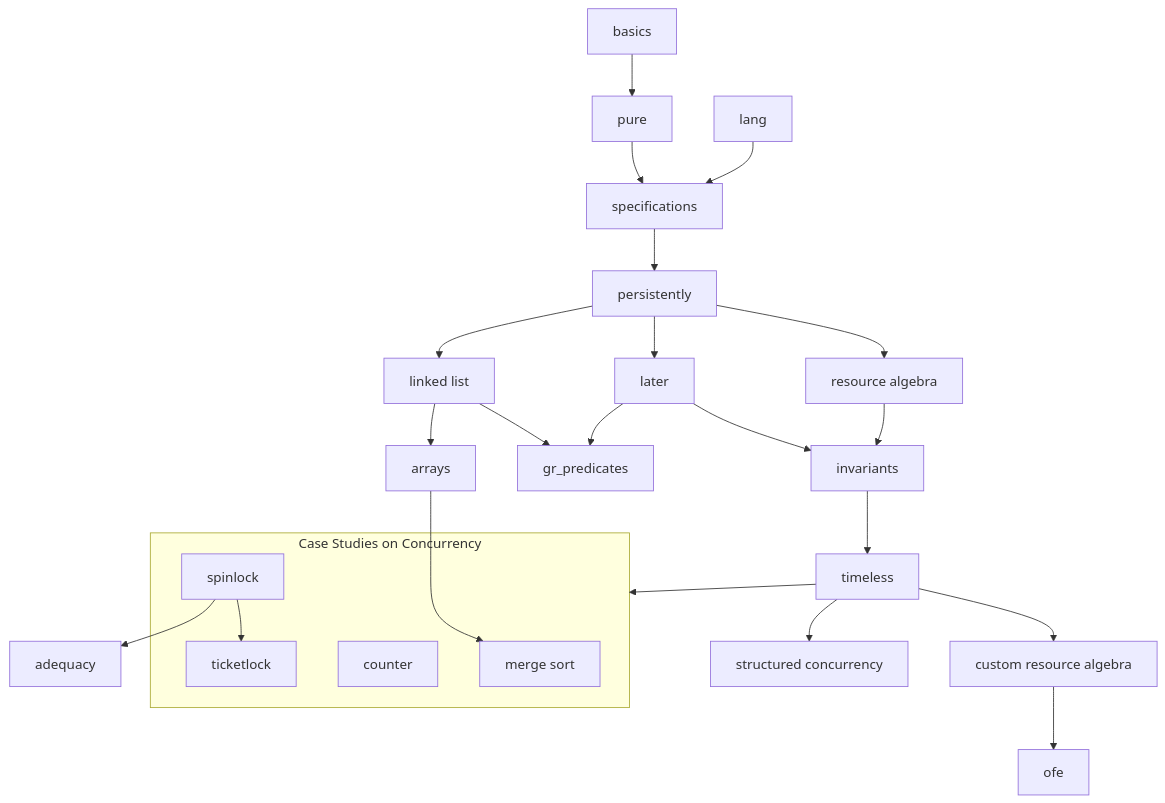
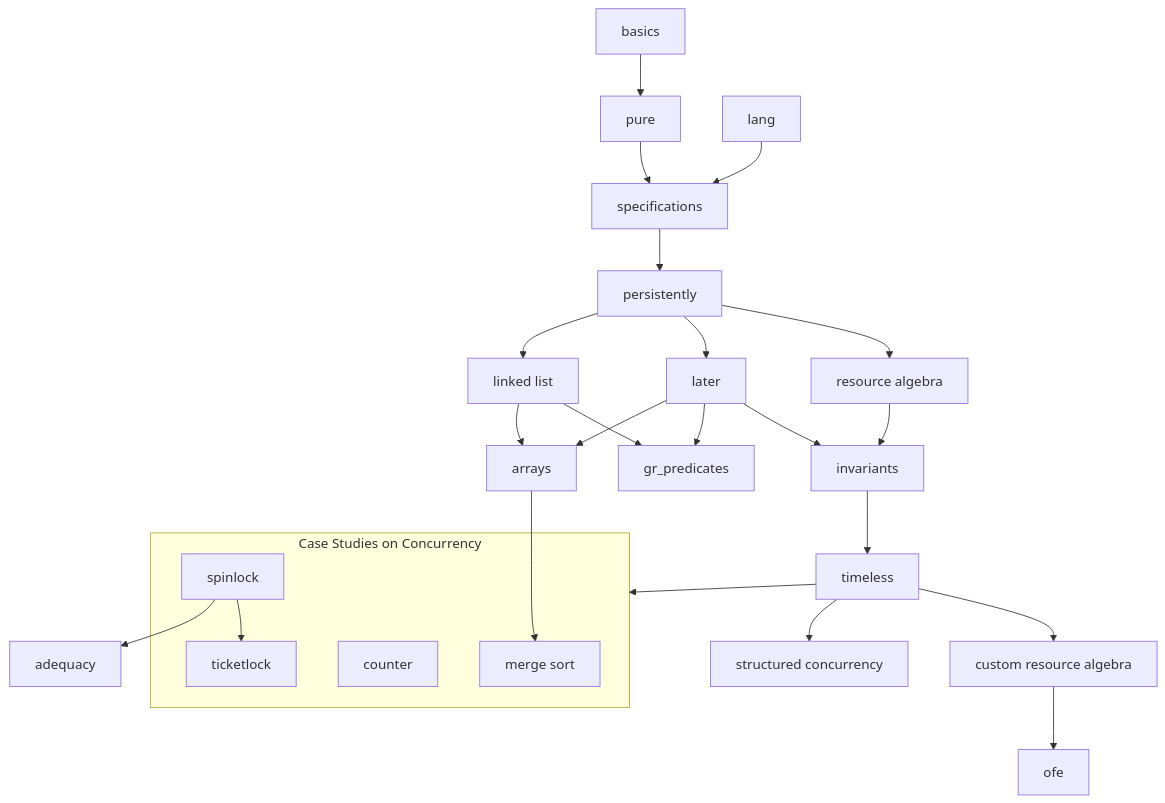
The diagram in README.md (logsem/iris-tutorial), drawn with Mermaid before and after one commit. The commit also changed other lines of this file and 1 other file, not shown here.

Commit message:
Changed order of chapters Arrays and Later, and made Arrays depend on Later.

````diff
--- a/README.md
+++ b/README.md
@@ -66,37 +66,38 @@
 ```mermaid
 graph TD;
   basics --> pure;
   pure --> specs[specifications];
   lang --> specs;
   specs --> pers[persistently];
   pers -->  ra[resource algebra];
   pers --> later;
   pers --> linklist[linked list];
 
   ra --> invariants;
 
   later --> invariants;
   later --> grp[gr_predicates];
+  later --> arrays;
 
   linklist --> grp;
   linklist --> arrays;
 
   invariants --> timeless;
 
   arrays --> merge[merge sort];
 
   timeless --> cst_ra[custom resource algebra];
   timeless --> strconc[structured concurrency];
   timeless --> ccs;
 
   subgraph ccs[Case Studies on Concurrency]
   counter;
   spinlock;
   ticketlock;
   merge;
   spinlock --> ticketlock;
   end
 
   spinlock --> adequacy;
   cst_ra --> ofe;
 ```
````
